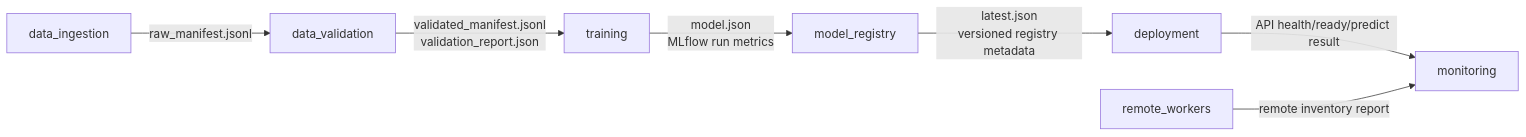
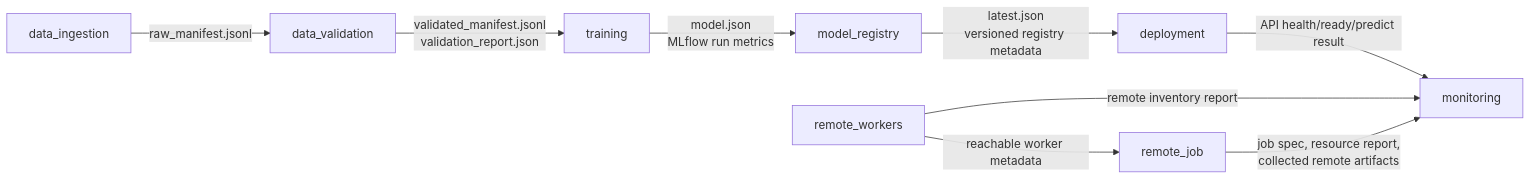
Before and after one commit to ruma0236/ML_ServeAPI: the third of 3 diagrams in enterprise-vision-mlops/docs/architecture-connectivity.md, drawn with Mermaid. The commit also changed other lines of this file and 73 other files, not shown here.

````diff
--- a/enterprise-vision-mlops/docs/architecture-connectivity.md
+++ b/enterprise-vision-mlops/docs/architecture-connectivity.md
@@ -61,17 +61,20 @@
 ```mermaid
 flowchart LR
     INGEST["data_ingestion"]
     VALIDATE["data_validation"]
     TRAIN["training"]
     REGISTRY["model_registry"]
     DEPLOY["deployment"]
     MONITOR["monitoring"]
     WORKERS["remote_workers"]
+    REMOTE_JOB["remote_job"]
 
     INGEST -->|"raw_manifest.jsonl"| VALIDATE
     VALIDATE -->|"validated_manifest.jsonl\nvalidation_report.json"| TRAIN
     TRAIN -->|"model.json\nMLflow run metrics"| REGISTRY
     REGISTRY -->|"latest.json\nversioned registry metadata"| DEPLOY
     DEPLOY -->|"API health/ready/predict result"| MONITOR
     WORKERS -->|"remote inventory report"| MONITOR
+    WORKERS -->|"reachable worker metadata"| REMOTE_JOB
+    REMOTE_JOB -->|"job spec, resource report,\ncollected remote artifacts"| MONITOR
 ```
````
